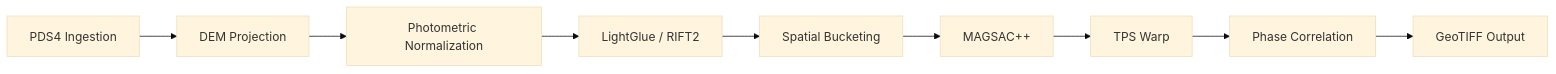
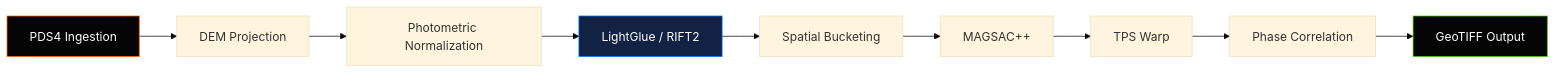
Before and after one commit to iamnih4l/LunaX: the diagram in README.md, drawn with Mermaid (base theme). The commit also changed other lines of this file and 4 other files, not shown here.

````diff
--- a/README.md
+++ b/README.md
@@ -9,11 +63,15 @@
 ```mermaid
 flowchart LR
     A[PDS4 Ingestion] --> B[DEM Projection]
     B --> C[Photometric Normalization]
     C --> D[LightGlue / RIFT2]
     D --> E[Spatial Bucketing]
     E --> F[MAGSAC++]
     F --> G[TPS Warp]
     G --> H[Phase Correlation]
     H --> I[GeoTIFF Output]
+    
+    style A fill:#050505,stroke:#ff6600,color:#fff
+    style I fill:#050505,stroke:#44cc11,color:#fff
+    style D fill:#112244,stroke:#0077ff,color:#fff
 ```
````
